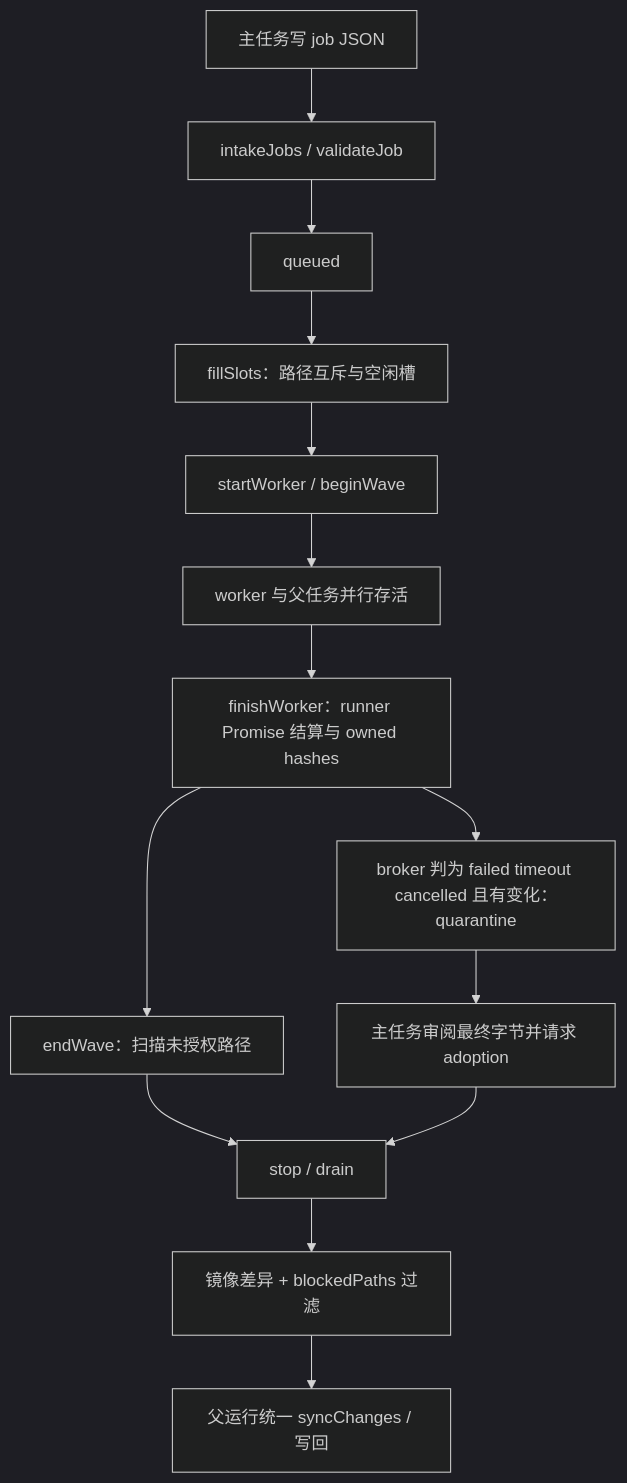
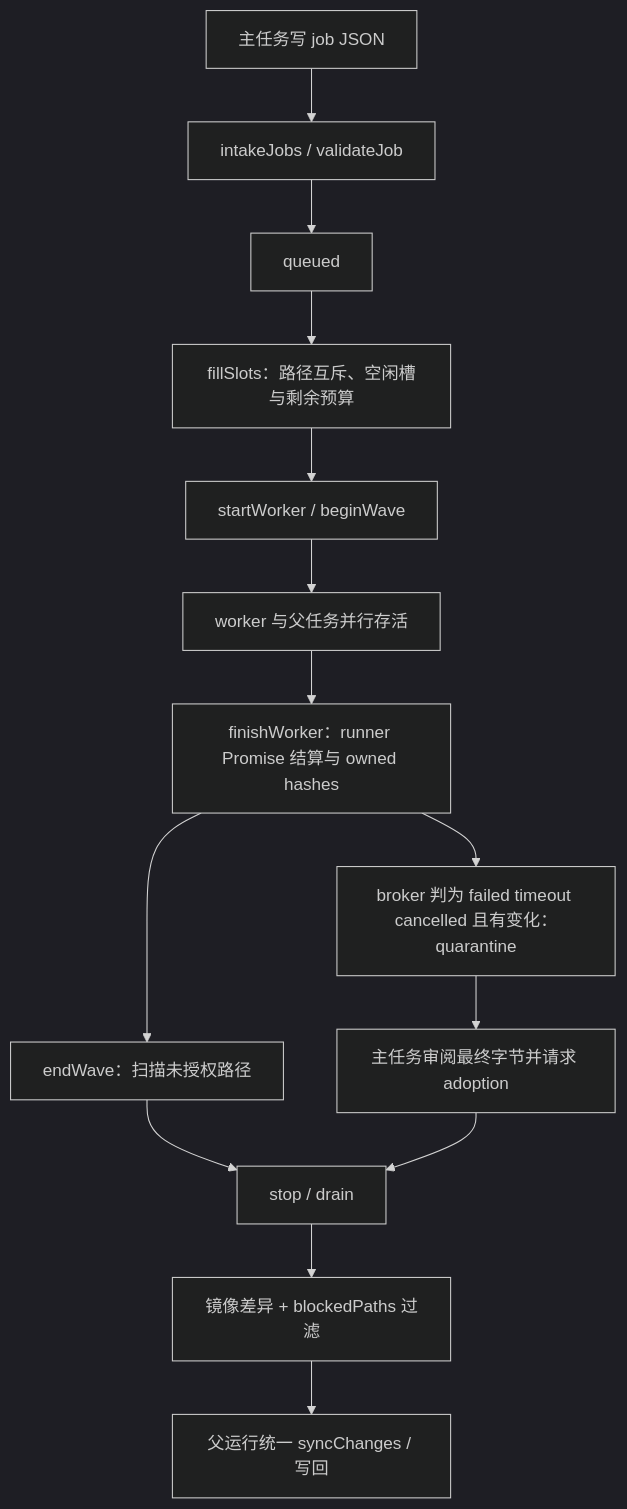
The diagram in docs/architecture/parallel-subagents.md (Ghqqqq/codex-overleaf-link), drawn with Mermaid (dark theme) before and after one commit. The commit also changed other lines of this file and 65 other files, not shown here.

````diff
--- a/docs/architecture/parallel-subagents.md
+++ b/docs/architecture/parallel-subagents.md
@@ -113,16 +112,16 @@
 ```mermaid
 flowchart TD
     A[主任务写 job JSON] --> B[intakeJobs / validateJob]
     B --> C[queued]
-    C --> D[fillSlots：路径互斥与空闲槽]
+    C --> D[fillSlots：路径互斥、空闲槽与剩余预算]
     D --> E[startWorker / beginWave]
     E --> F[worker 与父任务并行存活]
     F --> G[finishWorker：runner Promise 结算与 owned hashes]
     G --> H[endWave：扫描未授权路径]
     G --> I[broker 判为 failed timeout cancelled 且有变化：quarantine]
     I --> J[主任务审阅最终字节并请求 adoption]
     H --> K[stop / drain]
     J --> K
     K --> L[镜像差异 + blockedPaths 过滤]
     L --> M[父运行统一 syncChanges / 写回]
 ```
````
